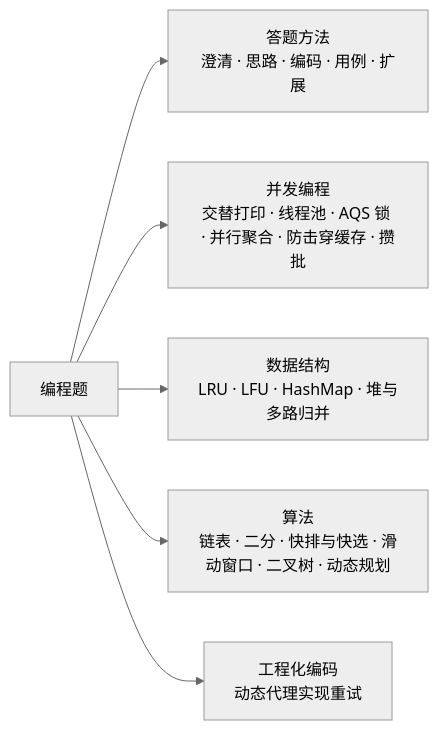
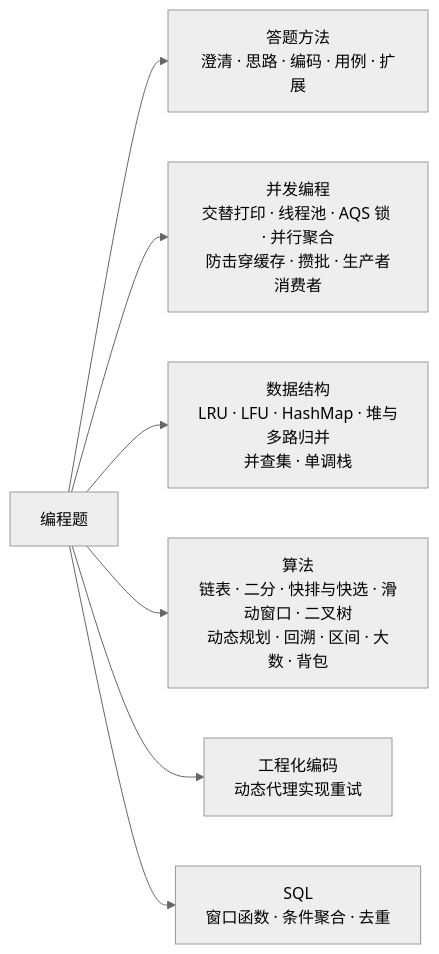
One commit to liulangjietou/interview changed the first of 24 diagrams in 10-编码与思维/42-编程题.md. Above: the diagram before and after it, drawn with Mermaid (neutral theme). The commit also changed other lines of this file and 1 other file, not shown here.

````diff
--- a/10-编码与思维/42-编程题.md
+++ b/10-编码与思维/42-编程题.md
@@ -18,8 +18,9 @@
 ```mermaid
 flowchart LR
     ROOT["编程题"] --> M["答题方法<br/>澄清 · 思路 · 编码 · 用例 · 扩展"]
-    ROOT --> C["并发编程<br/>交替打印 · 线程池 · AQS 锁 · 并行聚合 · 防击穿缓存 · 攒批"]
-    ROOT --> D["数据结构<br/>LRU · LFU · HashMap · 堆与多路归并"]
-    ROOT --> A["算法<br/>链表 · 二分 · 快排与快选 · 滑动窗口 · 二叉树 · 动态规划"]
+    ROOT --> C["并发编程<br/>交替打印 · 线程池 · AQS 锁 · 并行聚合<br/>防击穿缓存 · 攒批 · 生产者消费者"]
+    ROOT --> D["数据结构<br/>LRU · LFU · HashMap · 堆与多路归并<br/>并查集 · 单调栈"]
+    ROOT --> A["算法<br/>链表 · 二分 · 快排与快选 · 滑动窗口 · 二叉树<br/>动态规划 · 回溯 · 区间 · 大数 · 背包"]
     ROOT --> E["工程化编码<br/>动态代理实现重试"]
+    ROOT --> Q["SQL<br/>窗口函数 · 条件聚合 · 去重"]
 ```
````
